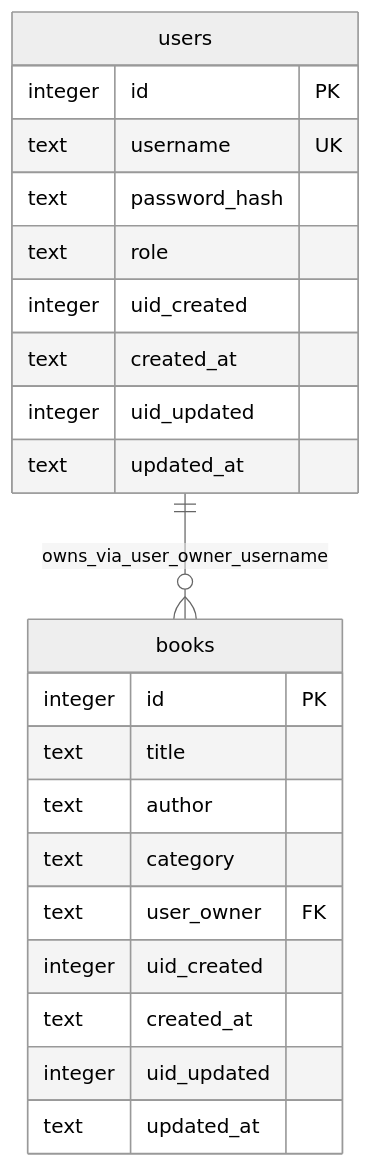
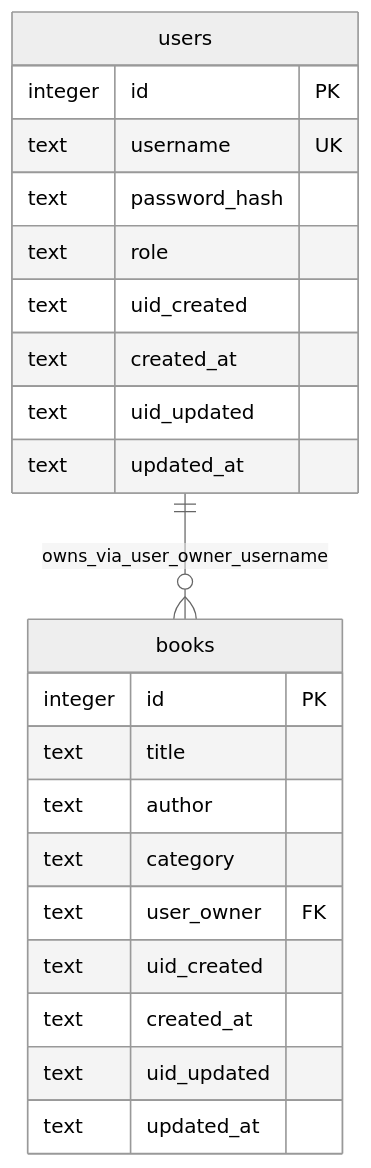
One commit to SuraramPimankham/personal-book-library changed the diagram in data_dictionary.md. Above: the diagram before and after it, drawn with Mermaid (neutral theme). The commit also changed other lines of this file and 3 other files, not shown here.

Commit message:
API design + แก้เก็บ uid เป็น TEXT แทน ID

````diff
--- a/data_dictionary.md
+++ b/data_dictionary.md
@@ -39,25 +40,25 @@
 ```mermaid
 erDiagram
   users {
     integer id PK
     text username UK
     text password_hash
     text role
-    integer uid_created
+    text uid_created
     text created_at
-    integer uid_updated
+    text uid_updated
     text updated_at
   }
   books {
     integer id PK
     text title
     text author
     text category
     text user_owner FK
-    integer uid_created
+    text uid_created
     text created_at
-    integer uid_updated
+    text uid_updated
     text updated_at
   }
   users ||--o{ books : "owns_via_user_owner_username"
 ```
````
